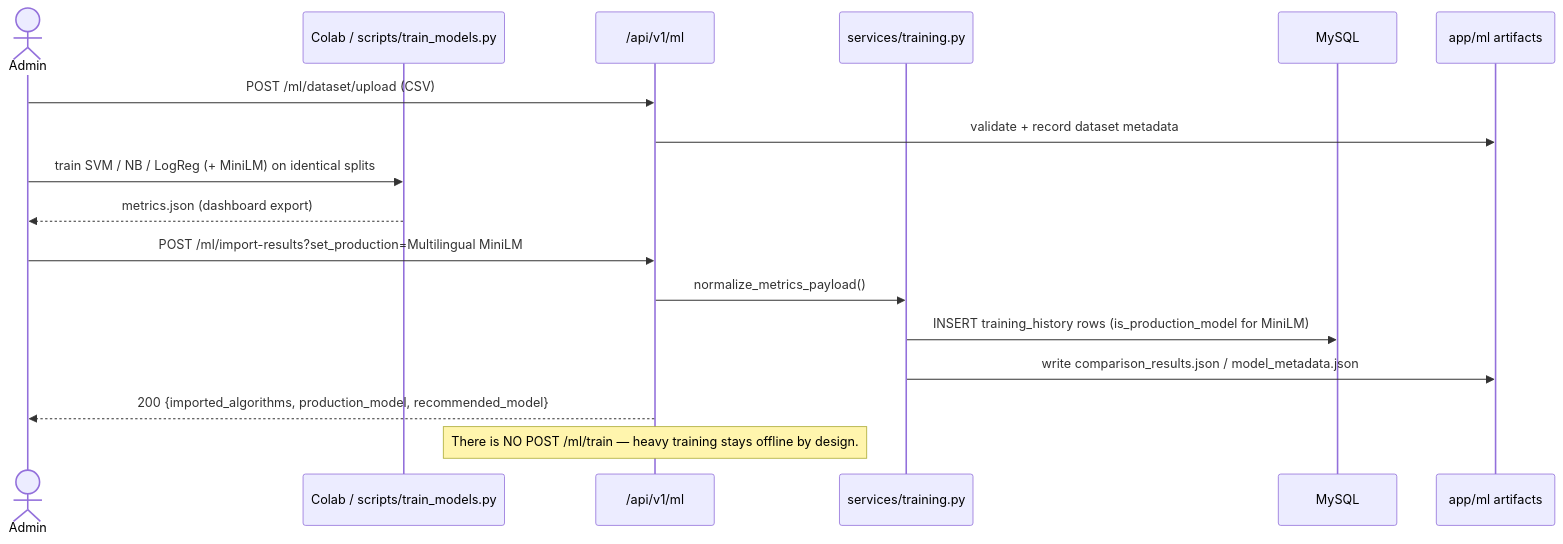
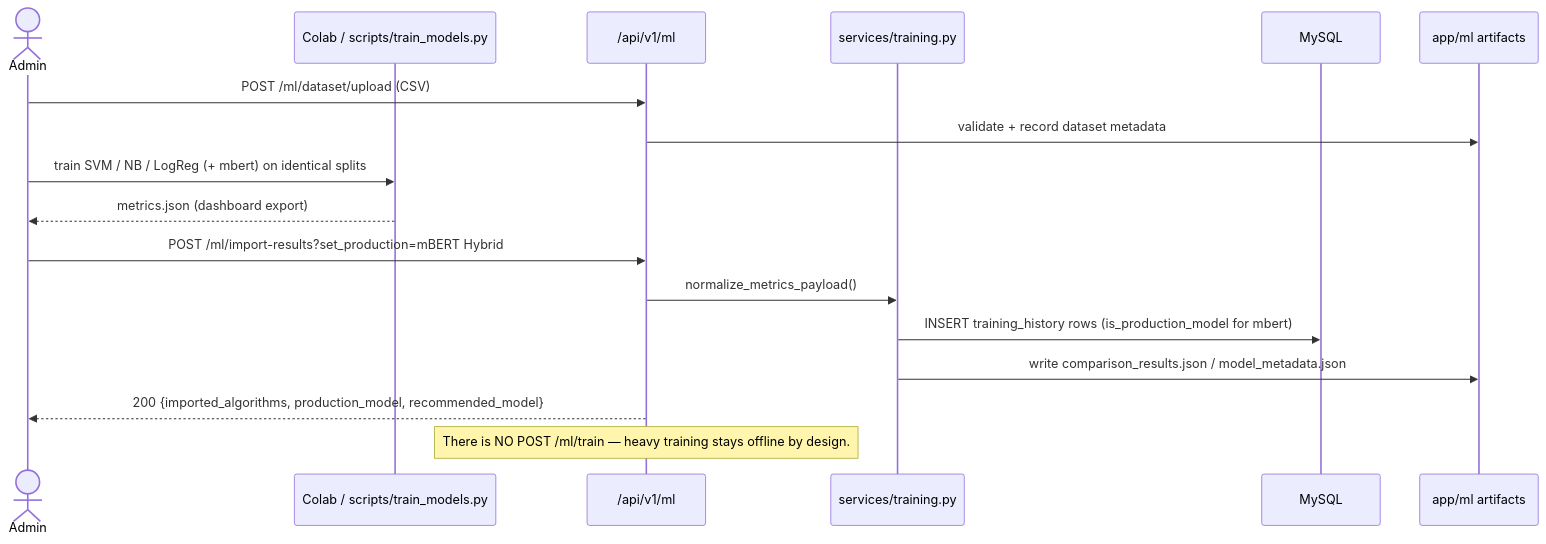
One commit to rowseiyyyy/Student-Sentiment-Analysis-System changed the sixth of 6 diagrams in SYSTEM_ARCHITECTURE.md. Above: the diagram before and after it, drawn with Mermaid. The commit also changed other lines of this file and 48 other files, not shown here.

First line of the commit message:
Replace Multilingual MiniLM with mBERT Hybrid as the live model

````diff
--- a/SYSTEM_ARCHITECTURE.md
+++ b/SYSTEM_ARCHITECTURE.md
@@ -370,20 +370,20 @@
 ```mermaid
 sequenceDiagram
     actor Admin
     participant Colab as Colab / scripts/train_models.py
     participant API as /api/v1/ml
     participant Tr as services/training.py
     participant DB as MySQL
     participant FS as app/ml artifacts
 
     Admin->>API: POST /ml/dataset/upload (CSV)
     API->>FS: validate + record dataset metadata
-    Admin->>Colab: train SVM / NB / LogReg (+ MiniLM) on identical splits
+    Admin->>Colab: train SVM / NB / LogReg (+ mbert) on identical splits
     Colab-->>Admin: metrics.json (dashboard export)
-    Admin->>API: POST /ml/import-results?set_production=Multilingual MiniLM
+    Admin->>API: POST /ml/import-results?set_production=mBERT Hybrid
     API->>Tr: normalize_metrics_payload()
-    Tr->>DB: INSERT training_history rows (is_production_model for MiniLM)
+    Tr->>DB: INSERT training_history rows (is_production_model for mbert)
     Tr->>FS: write comparison_results.json / model_metadata.json
     API-->>Admin: 200 {imported_algorithms, production_model, recommended_model}
     Note over API: There is NO POST /ml/train — heavy training stays offline by design.
 ```
````
